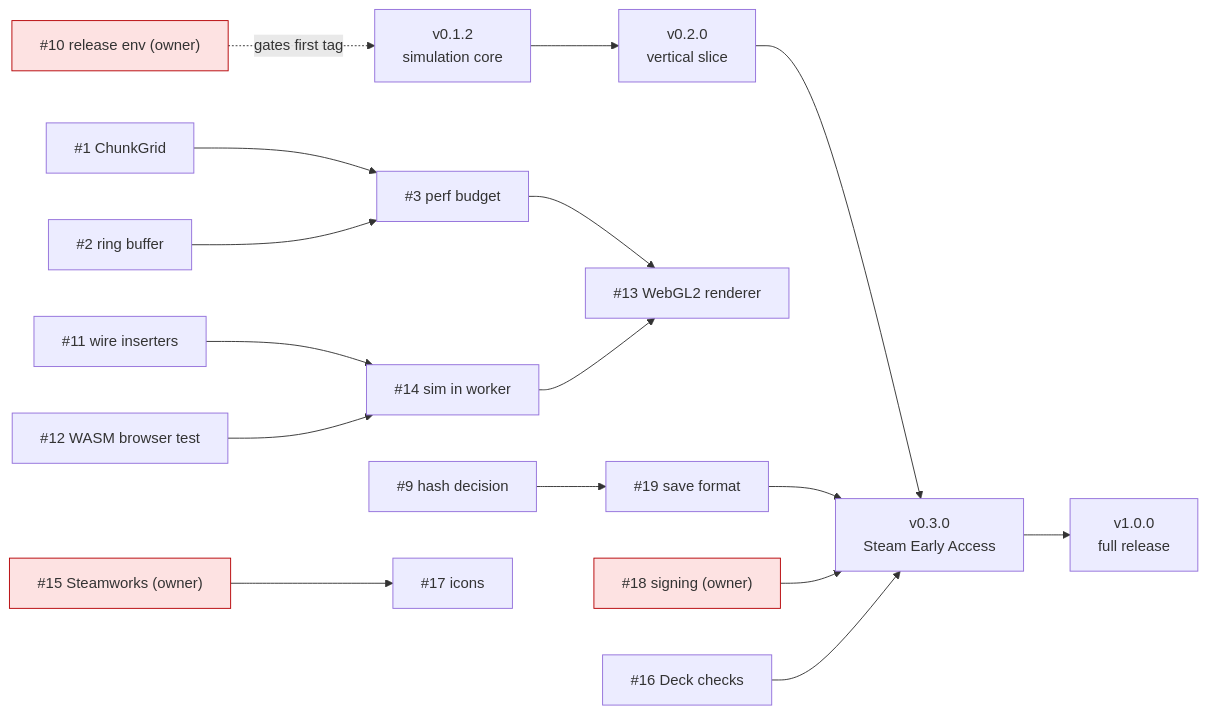
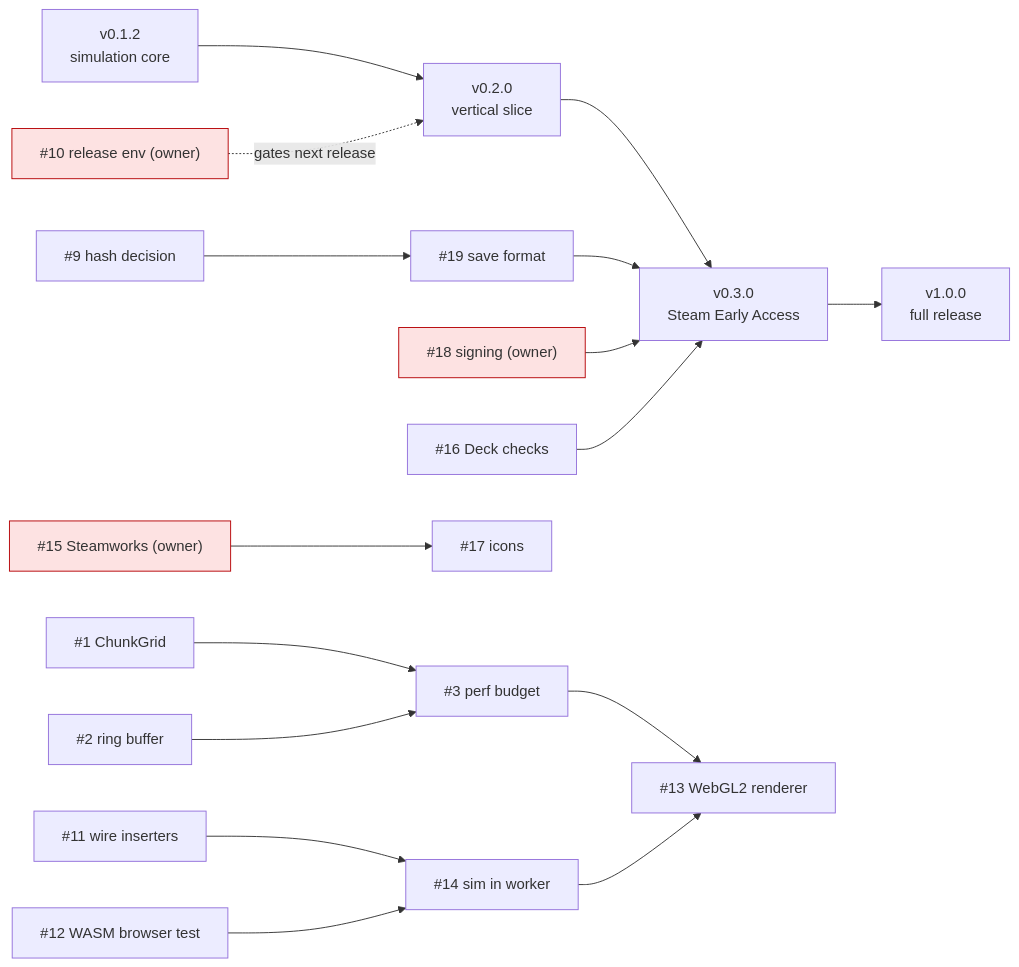
Before and after one commit to olakra/squirrel: the diagram in docs/roadmap.md, drawn with Mermaid. The commit also changed other lines of this file and 59 other files, not shown here.

````diff
--- a/docs/roadmap.md
+++ b/docs/roadmap.md
@@ -64,22 +67,22 @@
 ```mermaid
 flowchart LR
     M1["v0.1.2<br/>simulation core"] --> M2["v0.2.0<br/>vertical slice"]
     M2 --> M3["v0.3.0<br/>Steam Early Access"]
     M3 --> M4["v1.0.0<br/>full release"]
 
     I1["#1 ChunkGrid"] --> I3["#3 perf budget"]
     I2["#2 ring buffer"] --> I3
     I3 --> I13["#13 WebGL2 renderer"]
     I11["#11 wire inserters"] --> I14["#14 sim in worker"]
     I14 --> I13
     I9["#9 hash decision"] --> I19["#19 save format"]
     I19 --> M3
     I12["#12 WASM browser test"] --> I14
-    I10["#10 release env (owner)"] -. gates first tag .-> M1
+    I10["#10 release env (owner)"] -. gates next release .-> M2
     I15["#15 Steamworks (owner)"] --> I17["#17 icons"]
     I18["#18 signing (owner)"] --> M3
     I16["#16 Deck checks"] --> M3
 
     classDef owner fill:#fde2e2,stroke:#b60205
     class I10,I15,I18 owner
 ```
````
